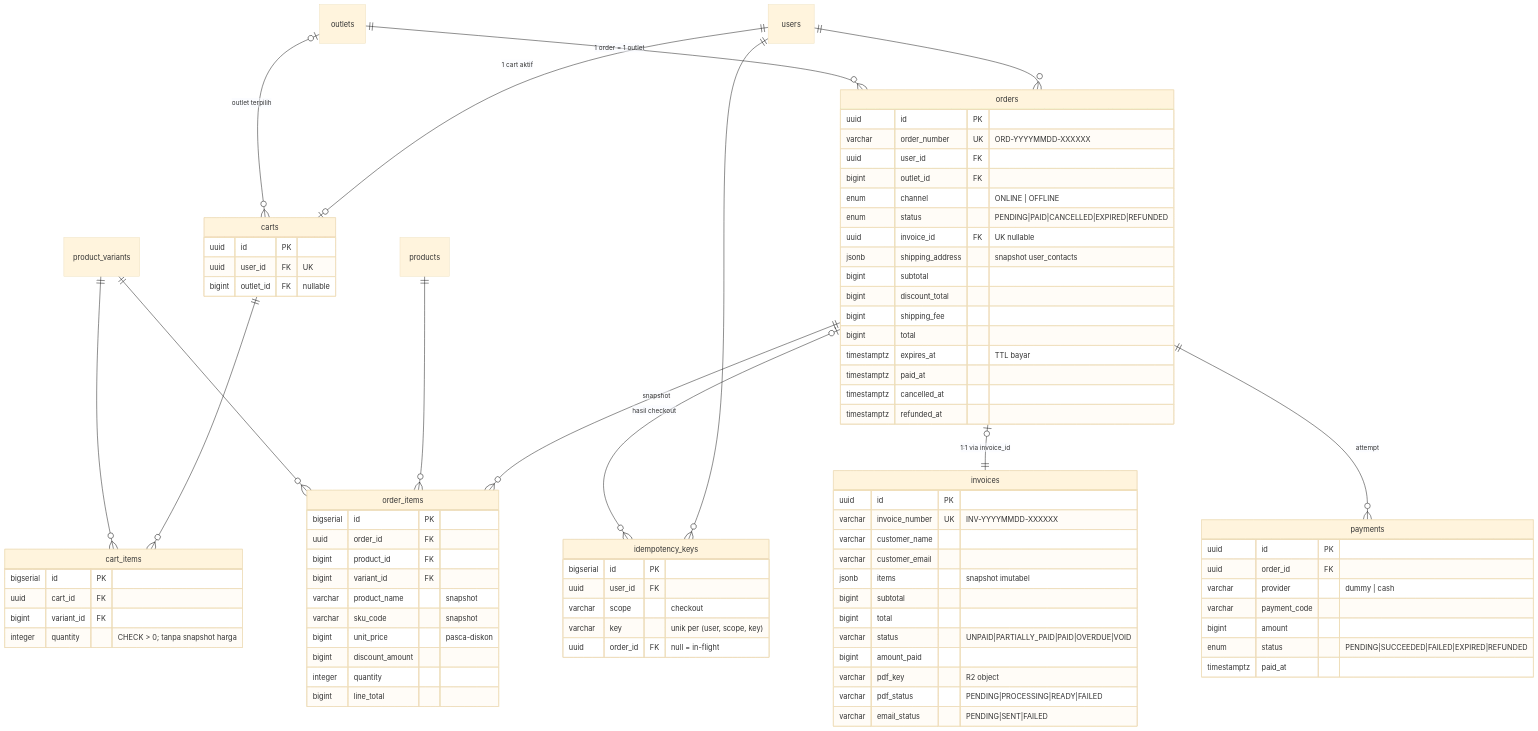
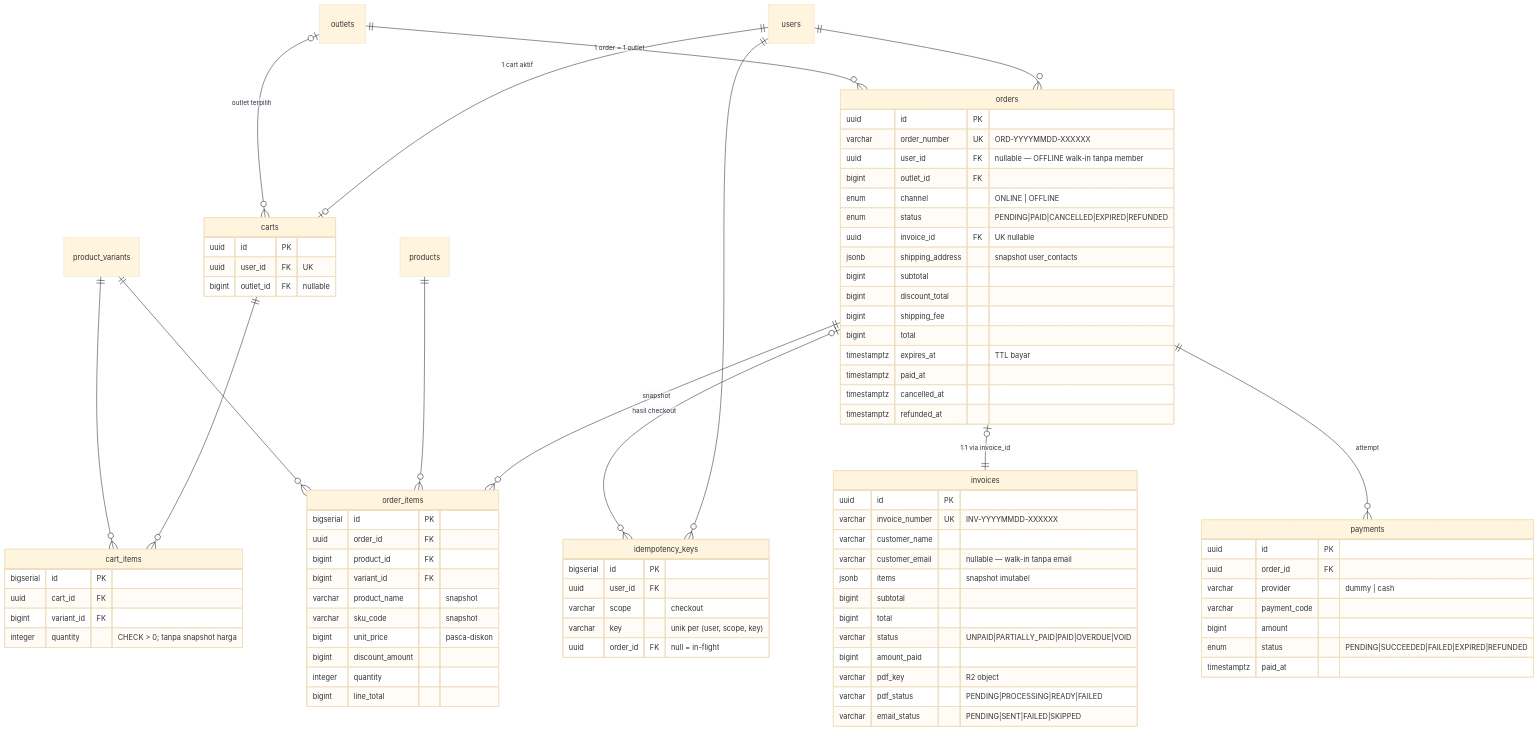
Before and after one commit to febriarr/nestjs-ecommerce-api: the fourth of 7 diagrams in docs/ERD.md, drawn with Mermaid (base theme). The commit also changed 20 other files, not shown here.

First line of the commit message:
fix(orders): make userId nullable for OFFLINE walk-in (POS tanpa member)

````diff
--- a/docs/ERD.md
+++ b/docs/ERD.md
@@ -197,7 +197,7 @@
     orders {
         uuid id PK
         varchar order_number UK "ORD-YYYYMMDD-XXXXXX"
-        uuid user_id FK
+        uuid user_id FK "nullable — OFFLINE walk-in tanpa member"
         bigint outlet_id FK
         enum channel "ONLINE | OFFLINE"
         enum status "PENDING|PAID|CANCELLED|EXPIRED|REFUNDED"
@@ -244,7 +244,7 @@
         uuid id PK
         varchar invoice_number UK "INV-YYYYMMDD-XXXXXX"
         varchar customer_name
-        varchar customer_email
+        varchar customer_email "nullable — walk-in tanpa email"
         jsonb items "snapshot imutabel"
         bigint subtotal
         bigint total
@@ -252,6 +252,6 @@
         bigint amount_paid
         varchar pdf_key "R2 object"
         varchar pdf_status "PENDING|PROCESSING|READY|FAILED"
-        varchar email_status "PENDING|SENT|FAILED"
+        varchar email_status "PENDING|SENT|FAILED|SKIPPED"
     }
 ```
````
